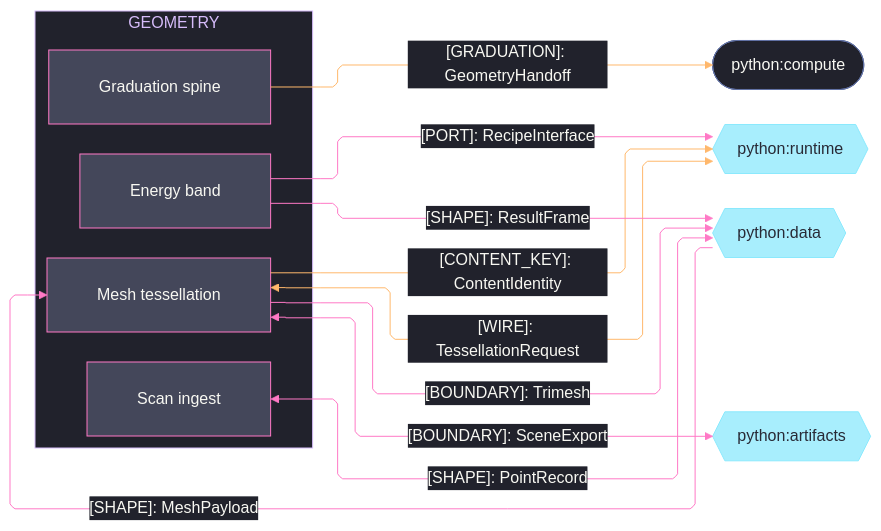
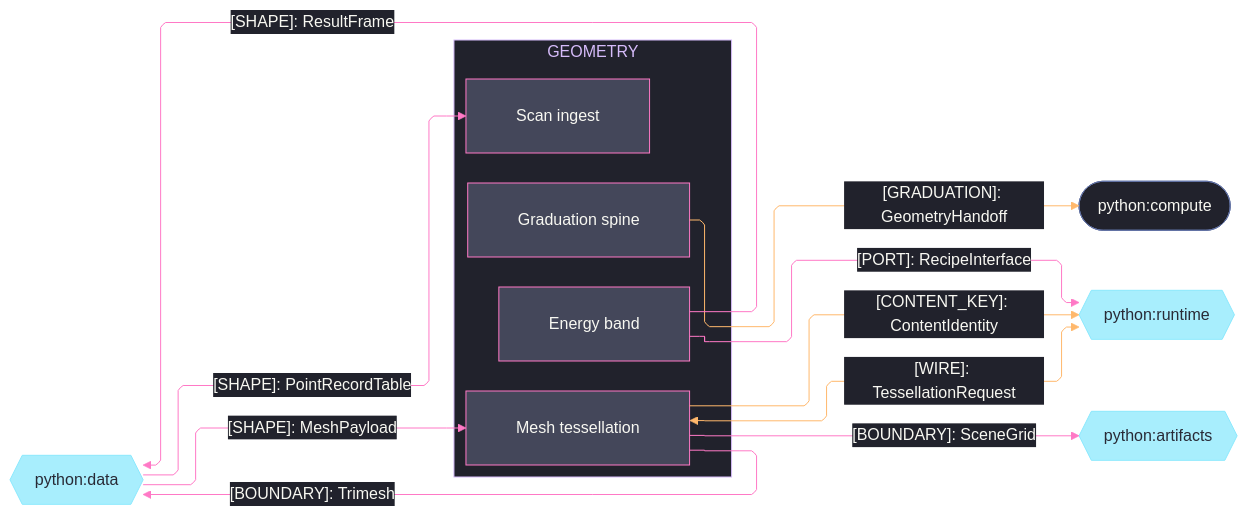
One commit to bsamiee/Rasm changed the second of 3 diagrams in libs/python/geometry/ARCHITECTURE.md. Above: the diagram before and after it, drawn with Mermaid. The commit also changed other lines of this file and 24 other files, not shown here.

Commit message:
architecture: seam registries + codemaps aligned across the estate (worker fabric edges, scene rows, csharp/ts seam mirrors)

````diff
--- a/libs/python/geometry/ARCHITECTURE.md
+++ b/libs/python/geometry/ARCHITECTURE.md
@@ -101,60 +101,60 @@
 ```mermaid
 ---
 config:
   theme: base
   look: classic
   layout: elk
   flowchart:
     curve: linear
     padding: 25
   themeVariables:
     darkMode: true
     fontFamily: "SF Mono, Menlo, Cascadia Mono, Segoe UI Mono, Consolas, monospace"
     useGradient: false
     dropShadow: "none"
     background: "#282A36"
     primaryColor: "#44475A"
     primaryTextColor: "#F8F8F2"
     primaryBorderColor: "#BD93F9"
     lineColor: "#FF79C6"
     textColor: "#F8F8F2"
     clusterBkg: "#21222C"
     clusterBorder: "#D6BCFA"
     edgeLabelBackground: "#21222C"
     labelBackgroundColor: "#21222C"
     titleColor: "#D6BCFA"
   themeCSS: ".nodeLabel{font-size:13px;font-weight:500}.edgeLabel{font-size:12px;font-weight:500}.cluster-label .nodeLabel{font-size:13.5px;font-weight:700;letter-spacing:.08em}.edge-thickness-normal{stroke-width:2px}.edge-thickness-thick{stroke-width:3px}.edge-pattern-dashed,.edge-pattern-dotted{stroke-width:1.5px;stroke-dasharray:4 6}.node rect,.node circle,.node polygon,.node path,.node .outer-path{stroke-width:1.5px;filter:none!important}.cluster rect{stroke-width:1px!important;stroke-dasharray:5 4!important;filter:none!important}.marker path{transform:scale(.8);transform-origin:5px 5px}.marker circle{transform:scale(.48);transform-origin:5px 5px}.edgeLabel rect{transform-box:fill-box;transform-origin:center;transform:scale(1.1,1.2)}"
 ---
 flowchart LR
     accTitle: Geometry Python sibling seams
     accDescr: Geometry sub-domain owners exchanging graduation receipts, tessellation registry rows, mesh payloads, point records, a recipe port, and result frames with the Python compute, runtime, data, and artifacts siblings, edge rails colored by kind and nodes classed by seam direction.
     subgraph geometry[GEOMETRY]
         Graduation[Graduation spine]
         Mesh[Mesh tessellation]
         Scan[Scan ingest]
         Energy[Energy band]
     end
     Compute([python:compute])
     Runtime{{python:runtime}}
     Data{{python:data}}
     Artifacts{{python:artifacts}}
     Graduation e1@-->|"[GRADUATION]: GeometryHandoff"| Compute
     Mesh e2@<-->|"[WIRE]: TessellationRequest"| Runtime
     Mesh e3@-->|"[CONTENT_KEY]: ContentIdentity"| Runtime
     Data e4@-->|"[SHAPE]: MeshPayload"| Mesh
     Mesh e5@-->|"[BOUNDARY]: Trimesh"| Data
-    Mesh e6@<-->|"[BOUNDARY]: SceneExport"| Artifacts
-    Scan e7@<-->|"[SHAPE]: PointRecord"| Data
+    Mesh e6@-->|"[BOUNDARY]: SceneGrid"| Artifacts
+    Data e7@-->|"[SHAPE]: PointRecordTable"| Scan
     Energy e8@-->|"[PORT]: RecipeInterface"| Runtime
     Energy e9@-->|"[SHAPE]: ResultFrame"| Data
     classDef primary fill:#44475A,stroke:#FF79C6,color:#F8F8F2
     classDef external fill:#8BE9FDBF,stroke:#8BE9FD,color:#282A36
-    classDef annotation fill:#21222C,stroke:#6272A4,color:#F8F8F2
+    classDef recessed fill:#21222C,stroke:#6272A4,color:#F8F8F2
     classDef edgeData stroke:#FFB86C,color:#F8F8F2
     classDef edgeControl stroke:#FF79C6,color:#F8F8F2
     class Graduation,Mesh,Scan,Energy primary
     class Runtime,Data,Artifacts external
-    class Compute annotation
+    class Compute recessed
     class e1,e2,e3 edgeData
     class e4,e5,e6,e7,e8,e9 edgeControl
 ```
````
